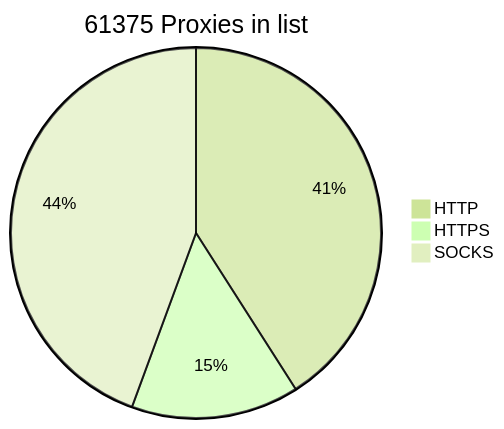
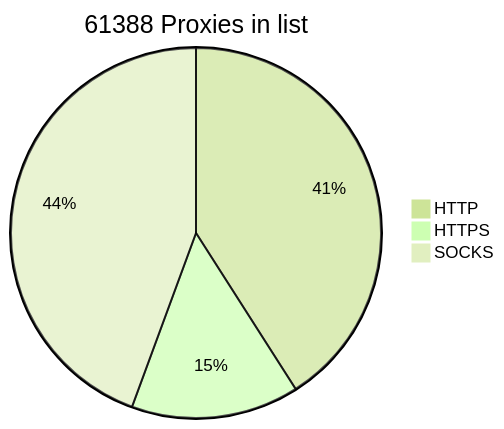
One commit to BlackSnowDot/proxylist-update-every-minute changed the diagram in README.md. Above: the diagram before and after it, drawn with Mermaid (forest theme).

````diff
--- a/README.md
+++ b/README.md
@@ -2,6 +2,6 @@
 ```mermaid
-pie title 61375 Proxies in list
-    "HTTP" : 28504
-    "HTTPS": 10202
-    "SOCKS" : 30892
+pie title 61388 Proxies in list
+    "HTTP" : 28510
+    "HTTPS": 10207
+    "SOCKS" : 30899
 ```
````
